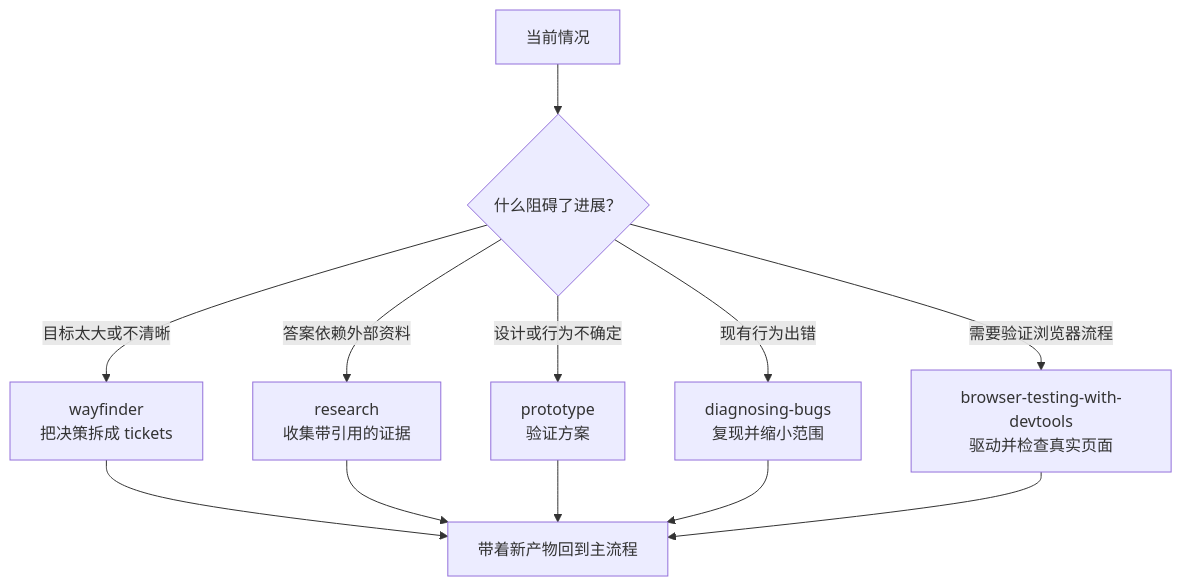
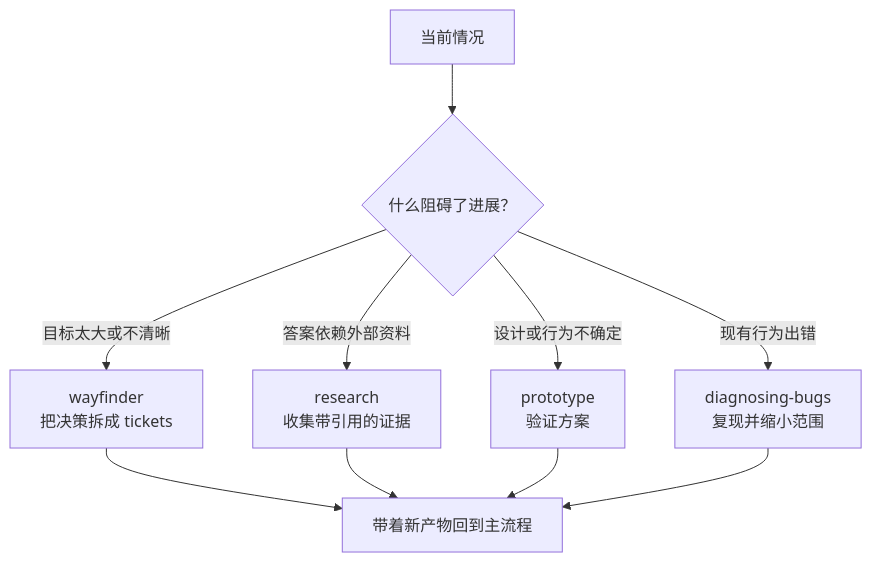
Before and after one commit to carl10086/ys-powers: the fourth of 4 diagrams in README.md, drawn with Mermaid. The commit also changed other lines of this file and 7 other files, not shown here.

First line of the commit message:
refactor(skills): remove duplicate browser testing skill (#113)

````diff
--- a/README.md
+++ b/README.md
@@ -82,14 +82,12 @@
 ```mermaid
 flowchart TD
     A[当前情况] --> B{什么阻碍了进展？}
     B -->|目标太大或不清晰| C[wayfinder<br/>把决策拆成 tickets]
     B -->|答案依赖外部资料| D[research<br/>收集带引用的证据]
     B -->|设计或行为不确定| E[prototype<br/>验证方案]
     B -->|现有行为出错| F[diagnosing-bugs<br/>复现并缩小范围]
-    B -->|需要验证浏览器流程| G[browser-testing-with-devtools<br/>驱动并检查真实页面]
     C --> H[带着新产物回到主流程]
     D --> H
     E --> H
     F --> H
-    G --> H
 ```
````
